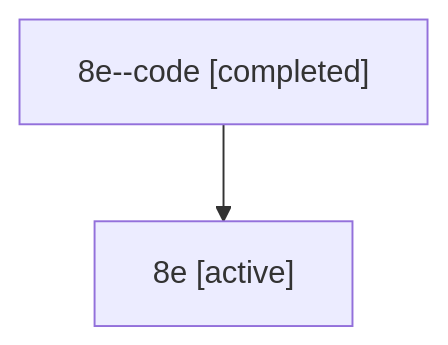
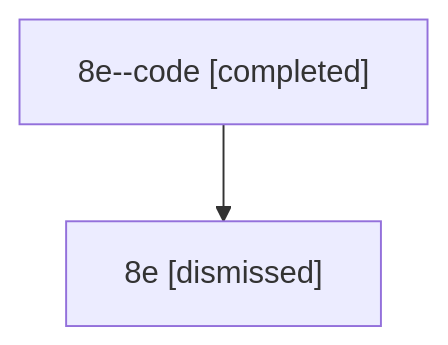
Before and after one commit to bobs-org/bob-cli--agents: the diagram in sessions/bbugyi200.athena.8e.md, drawn with Mermaid. The commit also changed other lines of this file and 27 other files, not shown here.

````diff
--- a/sessions/bbugyi200.athena.8e.md
+++ b/sessions/bbugyi200.athena.8e.md
@@ -9,6 +9,6 @@
 ```mermaid
 flowchart TD
   n0["8e--code [completed]"]
-  n1["8e [active]"]
+  n1["8e [dismissed]"]
   n0 --> n1
 ```
````
